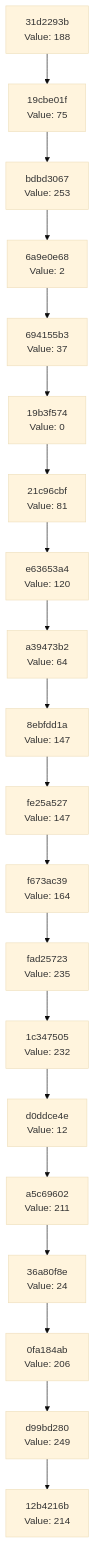
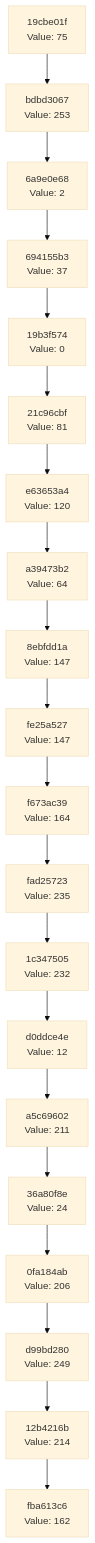
Before and after one commit to Abhisheksinha1506/hash-chain-evolver: the diagram in docs/CHAIN_VISUALIZATION.md, drawn with Mermaid (base theme). The commit also changed 2 other files, not shown here.

Commit message:
Evolution Step

````diff
--- a/docs/CHAIN_VISUALIZATION.md
+++ b/docs/CHAIN_VISUALIZATION.md
@@ -3,42 +3,42 @@
 ```mermaid
 graph TD
-    C0["12b4216b<br/>Value: 214"]
-    C1["d99bd280<br/>Value: 249"]
+    C0["fba613c6<br/>Value: 162"]
+    C1["12b4216b<br/>Value: 214"]
     C1 --> C0
-    C2["0fa184ab<br/>Value: 206"]
+    C2["d99bd280<br/>Value: 249"]
     C2 --> C1
-    C3["36a80f8e<br/>Value: 24"]
+    C3["0fa184ab<br/>Value: 206"]
     C3 --> C2
-    C4["a5c69602<br/>Value: 211"]
+    C4["36a80f8e<br/>Value: 24"]
     C4 --> C3
-    C5["d0ddce4e<br/>Value: 12"]
+    C5["a5c69602<br/>Value: 211"]
     C5 --> C4
-    C6["1c347505<br/>Value: 232"]
+    C6["d0ddce4e<br/>Value: 12"]
     C6 --> C5
-    C7["fad25723<br/>Value: 235"]
+    C7["1c347505<br/>Value: 232"]
     C7 --> C6
-    C8["f673ac39<br/>Value: 164"]
+    C8["fad25723<br/>Value: 235"]
     C8 --> C7
-    C9["fe25a527<br/>Value: 147"]
+    C9["f673ac39<br/>Value: 164"]
     C9 --> C8
-    C10["8ebfdd1a<br/>Value: 147"]
+    C10["fe25a527<br/>Value: 147"]
     C10 --> C9
-    C11["a39473b2<br/>Value: 64"]
+    C11["8ebfdd1a<br/>Value: 147"]
     C11 --> C10
-    C12["e63653a4<br/>Value: 120"]
+    C12["a39473b2<br/>Value: 64"]
     C12 --> C11
-    C13["21c96cbf<br/>Value: 81"]
+    C13["e63653a4<br/>Value: 120"]
     C13 --> C12
-    C14["19b3f574<br/>Value: 0"]
+    C14["21c96cbf<br/>Value: 81"]
     C14 --> C13
-    C15["694155b3<br/>Value: 37"]
+    C15["19b3f574<br/>Value: 0"]
     C15 --> C14
-    C16["6a9e0e68<br/>Value: 2"]
+    C16["694155b3<br/>Value: 37"]
     C16 --> C15
-    C17["bdbd3067<br/>Value: 253"]
+    C17["6a9e0e68<br/>Value: 2"]
     C17 --> C16
-    C18["19cbe01f<br/>Value: 75"]
+    C18["bdbd3067<br/>Value: 253"]
     C18 --> C17
-    C19["31d2293b<br/>Value: 188"]
+    C19["19cbe01f<br/>Value: 75"]
     C19 --> C18
 ```
````
